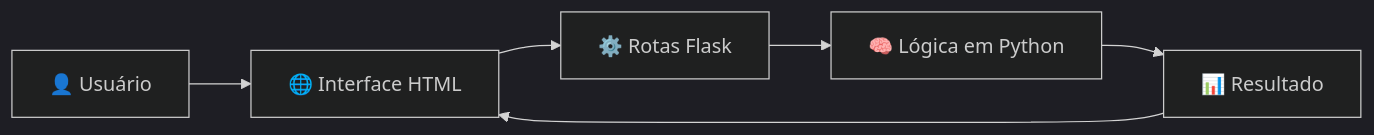
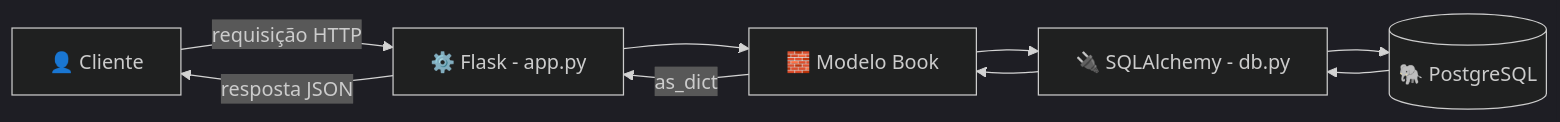
The diagram in README.md (julianabcor/EVOLUCAO-FLASK), drawn with Mermaid (dark theme) before and after one commit. The commit also changed other lines of this file, not shown here.

````diff
--- a/README.md
+++ b/README.md
@@ -49,8 +83,11 @@
 ```mermaid
 flowchart LR
-    A[👤 Usuário] --> B[🌐 Interface HTML]
-    B --> C[⚙️ Rotas Flask]
-    C --> D[🧠 Lógica em Python]
-    D --> E[📊 Resultado]
-    E --> B
+    A[👤 Cliente] -->|requisição HTTP| B[⚙️ Flask - app.py]
+    B --> C[🧱 Modelo Book]
+    C --> D[🔌 SQLAlchemy - db.py]
+    D --> E[(🐘 PostgreSQL)]
+    E --> D
+    D --> C
+    C -->|as_dict| B
+    B -->|resposta JSON| A
 ```
````
